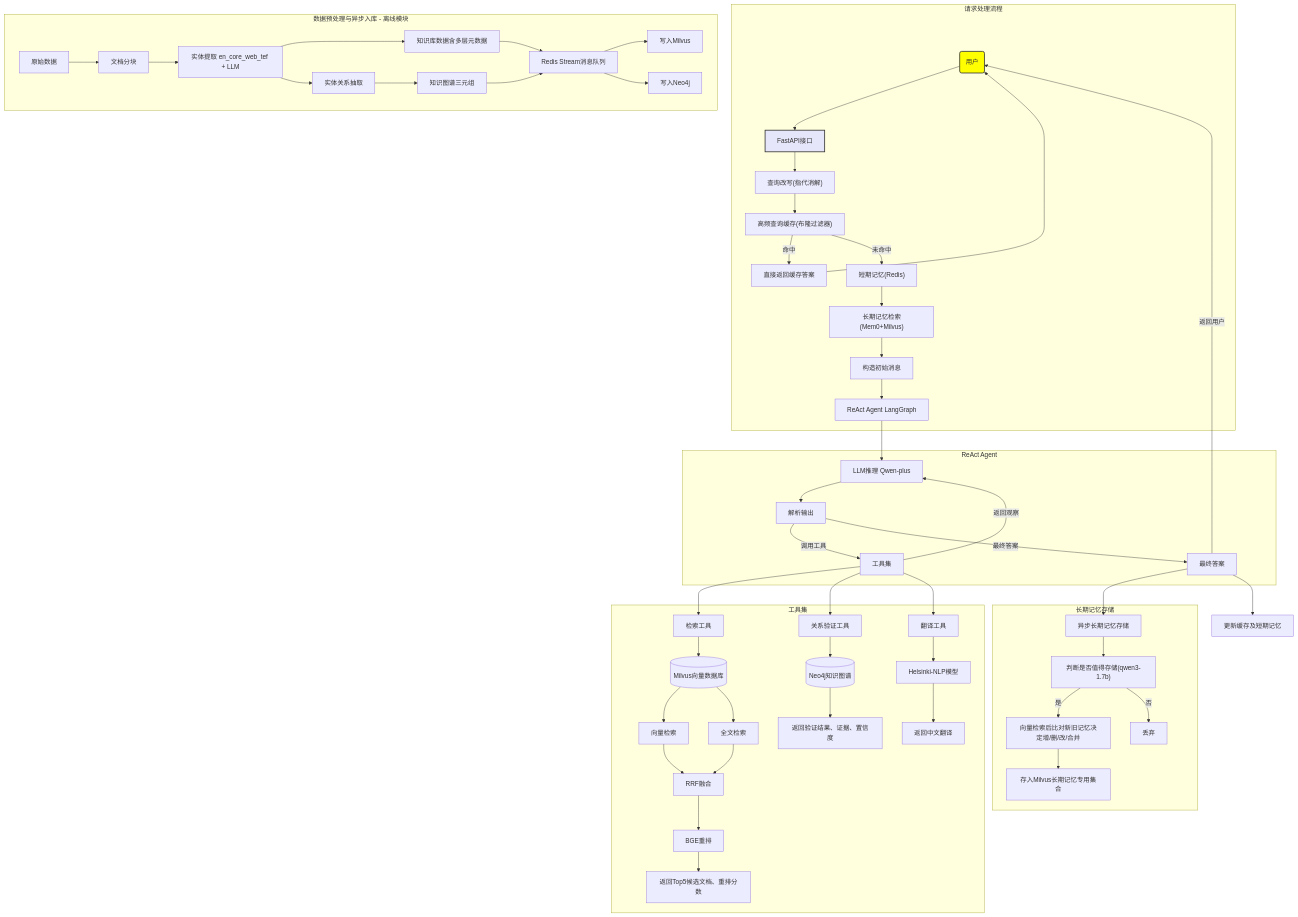
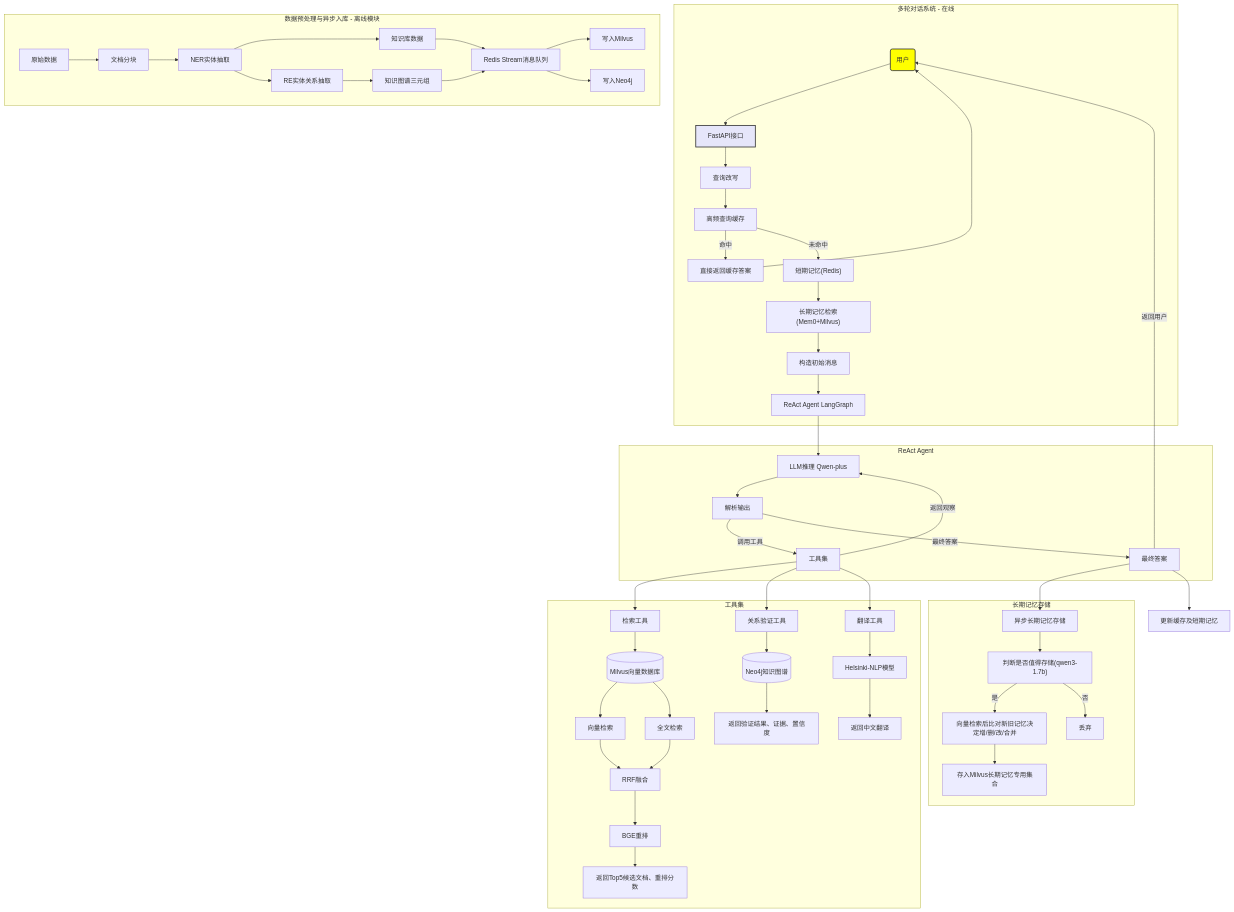
The diagram in README.md (Jkler879/Multi-turn-Dialogue-System), drawn with Mermaid before and after one commit.

````diff
--- a/README.md
+++ b/README.md
@@ -17,72 +17,72 @@
 ```mermaid
 graph TD
     User(用户) --> API[FastAPI接口]
     style User fill:yellow,stroke:#333,stroke-width:2px
     style API fill:#E6E6FA,stroke:#333,stroke-width:2px
 
-    subgraph 请求处理流程
-        API --> QW["查询改写(指代消解)"]
-        QW --> Cache["高频查询缓存(布隆过滤器)"]
+    subgraph 多轮对话系统 - 在线
+        API --> QW["查询改写"]
+        QW --> Cache["高频查询缓存"]
         Cache -->|命中| DirectReturn[直接返回缓存答案]
         DirectReturn --> User
         Cache -->|未命中| ShortMem["短期记忆(Redis)"]
         ShortMem --> LongMemRet["长期记忆检索(Mem0+Milvus)"]
         LongMemRet --> MsgConstruct[构造初始消息]
         MsgConstruct --> Agent[ReAct Agent LangGraph]
     end
 
     subgraph ReAct Agent
         Agent --> LLM[LLM推理 Qwen-plus]
         LLM --> Parse[解析输出]
         Parse -->|调用工具| Tools[工具集]
         Tools -->|返回观察| LLM
         Parse -->|最终答案| FinalAns[最终答案]
     end
 
 
     subgraph 工具集
         Tools --> Retriever[检索工具]
         Tools --> Verifier[关系验证工具]
         Tools --> Translator[翻译工具]
 
         Retriever --> Milvus[(Milvus向量数据库)]
         Milvus --> VectorSearch[向量检索]
         Milvus --> FullTextSearch[全文检索]
         VectorSearch --> RRF[RRF融合]
         FullTextSearch --> RRF
         RRF --> Rerank[BGE重排]
         Rerank --> RetResult[返回Top5候选文档、重排分数]
         
         Verifier --> Neo4j[(Neo4j知识图谱)]
         Neo4j --> VeriResult[返回验证结果、证据、置信度]
 
         Translator --> Helsinki[Helsinki-NLP模型]
         Helsinki --> TranslatorResult[返回中文翻译]
 
     end
 
     FinalAns -->|返回用户| User
     FinalAns --> AsyncLongMem[异步长期记忆存储]
     FinalAns --> UpdateCache[更新缓存及短期记忆]
 
     subgraph 长期记忆存储
         AsyncLongMem --> Decide["判断是否值得存储(qwen3-1.7b)"]
         Decide -->|是| Vectorize[向量检索后比对新旧记忆决定增/删/改/合并]
         Vectorize --> StoreMem[存入Milvus长期记忆专用集合]
         Decide -->|否| Discard[丢弃]
     end
 
     subgraph 数据预处理与异步入库 - 离线模块
         RawData[原始数据] --> Chunking[文档分块]
-        Chunking --> EntityExt[实体提取 en_core_web_tef + LLM]
-        EntityExt --> KBData[知识库数据含多层元数据]
+        Chunking --> EntityExt[NER实体抽取]
+        EntityExt --> KBData[知识库数据]
         KBData --> Stream[Redis Stream消息队列]
 
-        EntityExt --> RelationExt[实体关系抽取]
+        EntityExt --> RelationExt[RE实体关系抽取]
         RelationExt --> KGData[知识图谱三元组]
         KGData --> Stream
 
         Stream --> MilvusConsumer[写入Milvus]
         Stream --> Neo4jConsumer[写入Neo4j]
     end
 ```
````
